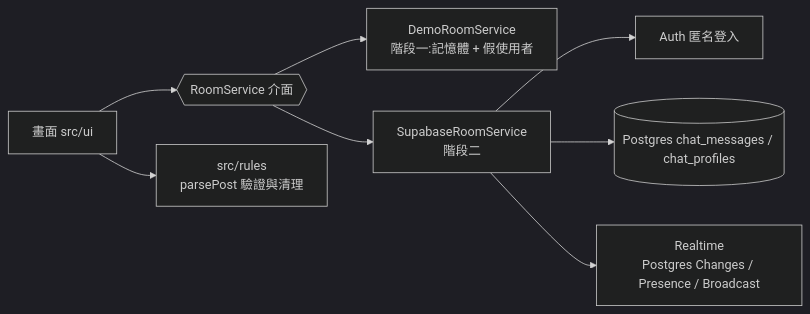
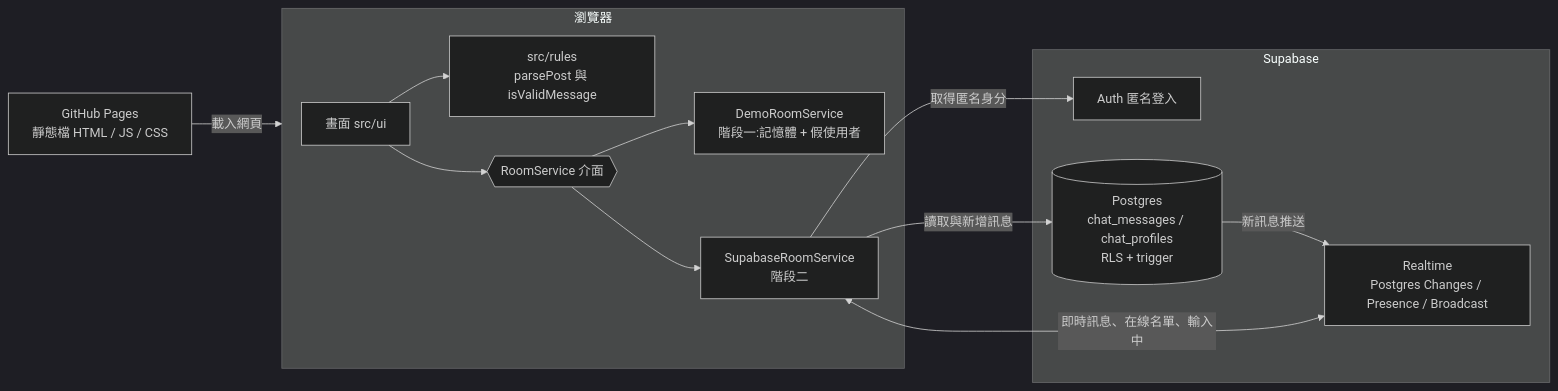
One commit to 411332060-code/chat-room changed the diagram in docs/architecture.md. Above: the diagram before and after it, drawn with Mermaid (dark theme). The commit also changed other lines of this file and 4 other files, not shown here.

Commit message:
Validate incoming messages; clearer architecture diagram and data flow; site URL in README

````diff
--- a/docs/architecture.md
+++ b/docs/architecture.md
@@ -14,10 +16,20 @@
 ```mermaid
 flowchart LR
-  UI[畫面 src/ui] --> RS{{RoomService 介面}}
-  RS --> Demo[DemoRoomService<br/>階段一:記憶體 + 假使用者]
-  RS --> Sb[SupabaseRoomService<br/>階段二]
-  Sb --> Auth[Auth 匿名登入]
-  Sb --> DB[(Postgres chat_messages / chat_profiles)]
-  Sb --> RT[Realtime<br/>Postgres Changes / Presence / Broadcast]
-  UI --> Rules[src/rules<br/>parsePost 驗證與清理]
+  Pages[GitHub Pages<br/>靜態檔 HTML / JS / CSS]
+  subgraph Browser[瀏覽器]
+    UI[畫面 src/ui] --> Rules[src/rules<br/>parsePost 與 isValidMessage]
+    UI --> RS{{RoomService 介面}}
+    RS --> Demo[DemoRoomService<br/>階段一:記憶體 + 假使用者]
+    RS --> Sb[SupabaseRoomService<br/>階段二]
+  end
+  subgraph Supabase
+    Auth[Auth 匿名登入]
+    DB[(Postgres<br/>chat_messages / chat_profiles<br/>RLS + trigger)]
+    RT[Realtime<br/>Postgres Changes / Presence / Broadcast]
+  end
+  Pages -- 載入網頁 --> Browser
+  Sb -- 取得匿名身分 --> Auth
+  Sb -- 讀取與新增訊息 --> DB
+  DB -- 新訊息推送 --> RT
+  RT <-- 即時訊息、在線名單、輸入中 --> Sb
 ```
````
